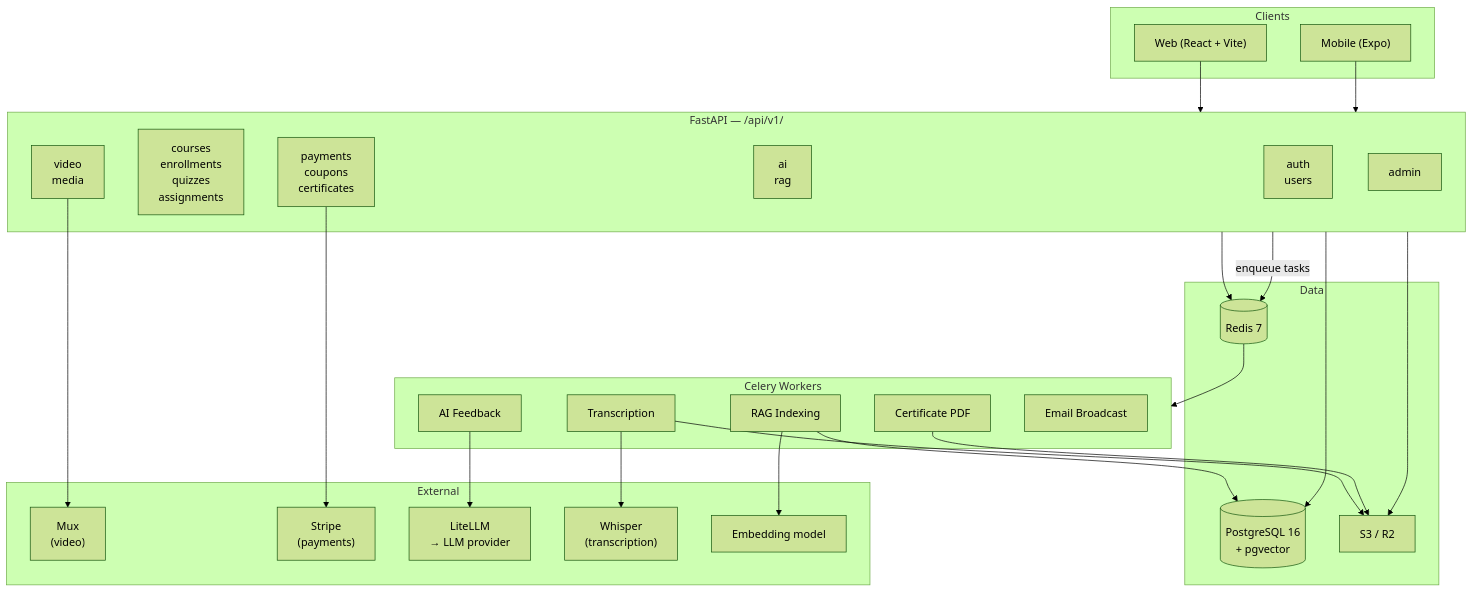
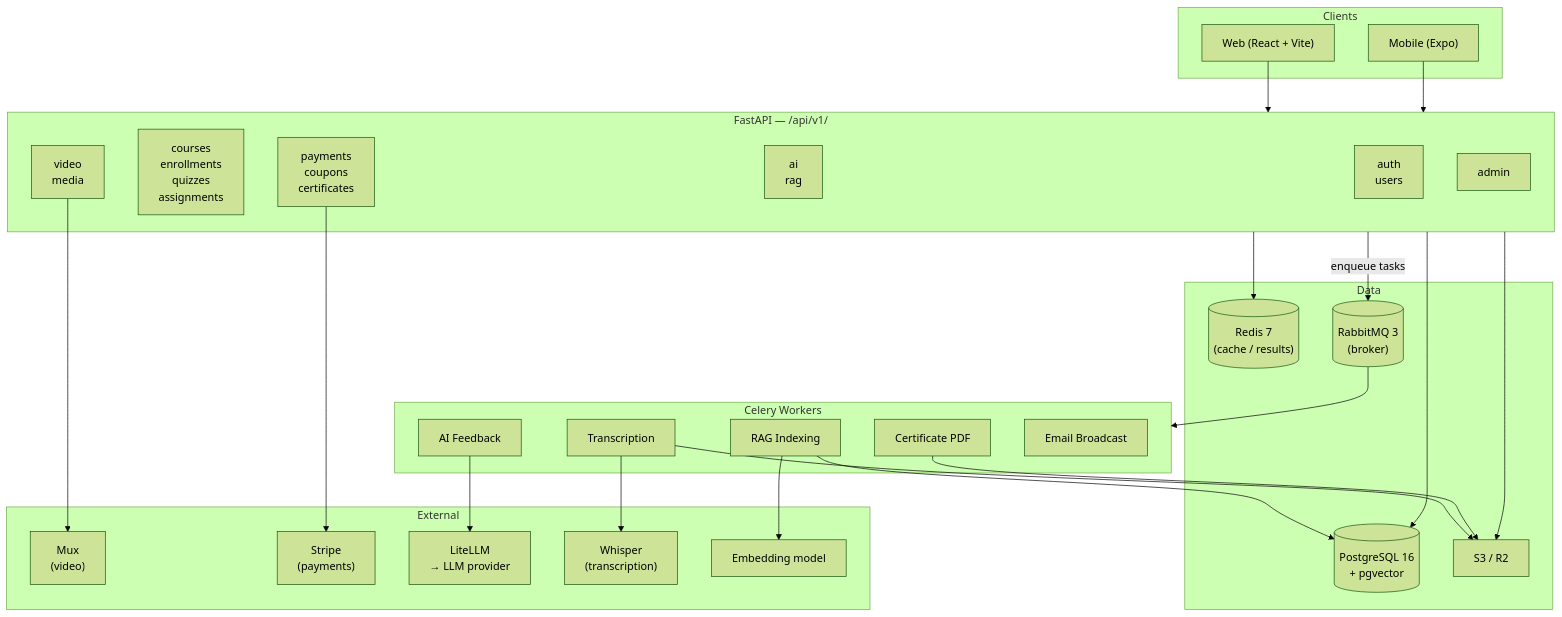
One commit to ndgldmr/xoxoedu changed the first of 5 diagrams in backend/README.md. Above: the diagram before and after it, drawn with Mermaid (forest theme). The commit also changed other lines of this file and 1 other file, not shown here.

Commit message:
docs: correct RabbitMQ as Celery broker in architecture diagrams and tech stack tables

````diff
--- a/backend/README.md
+++ b/backend/README.md
@@ -58,54 +59,55 @@
 ```mermaid
 graph TD
     subgraph Clients
         WEB["Web (React + Vite)"]
         MOB["Mobile (Expo)"]
     end
 
     subgraph API ["FastAPI — /api/v1/"]
         AUTH["auth\nusers"]
         COURSES["courses\nenrollments\nquizzes\nassignments"]
         PAY["payments\ncoupons\ncertificates"]
         AI_MOD["ai\nrag"]
         VIDEO["video\nmedia"]
         ADMIN["admin"]
     end
 
     subgraph Data
         PG[("PostgreSQL 16\n+ pgvector")]
-        REDIS[("Redis 7")]
+        REDIS[("Redis 7\n(cache / results)")]
+        RABBIT[("RabbitMQ 3\n(broker)")]
         S3["S3 / R2"]
     end
 
     subgraph Workers ["Celery Workers"]
         TRX["Transcription"]
         FEED["AI Feedback"]
         RAG["RAG Indexing"]
         CERT["Certificate PDF"]
         EMAIL["Email Broadcast"]
     end
 
     subgraph External
         MUX["Mux\n(video)"]
         STRIPE["Stripe\n(payments)"]
         LLM["LiteLLM\n→ LLM provider"]
         WHISPER["Whisper\n(transcription)"]
         EMBED["Embedding model"]
     end
 
     WEB --> API
     MOB --> API
     API --> PG
     API --> REDIS
     API --> S3
-    API -->|enqueue tasks| REDIS
-    REDIS --> Workers
+    API -->|enqueue tasks| RABBIT
+    RABBIT --> Workers
     TRX --> WHISPER
     TRX --> S3
     FEED --> LLM
     RAG --> EMBED
     RAG --> PG
     CERT --> S3
     VIDEO --> MUX
     PAY --> STRIPE
 ```
````
